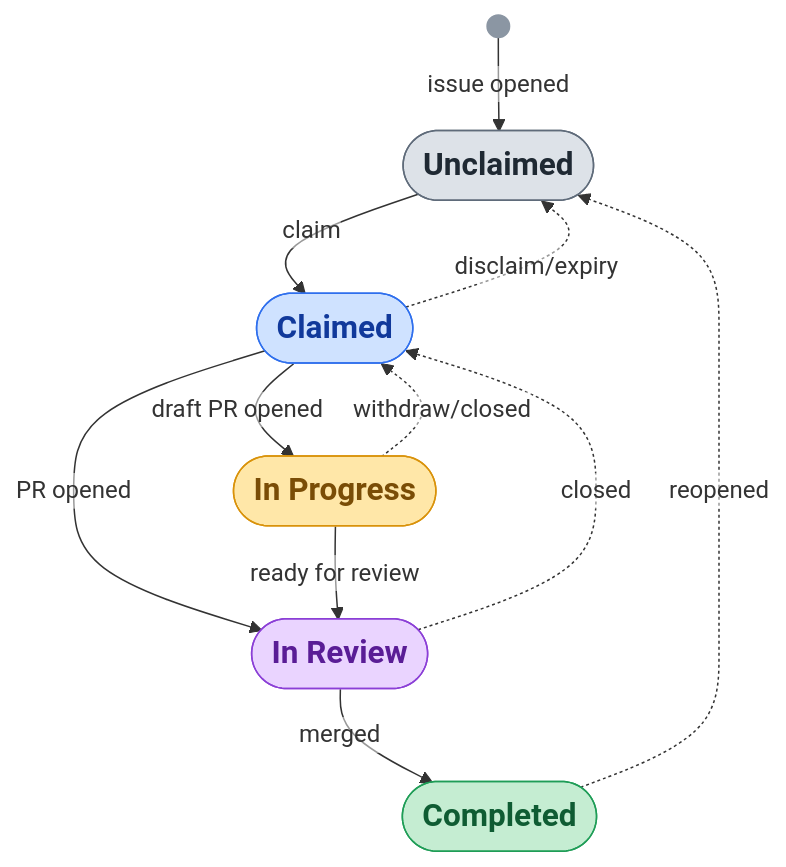
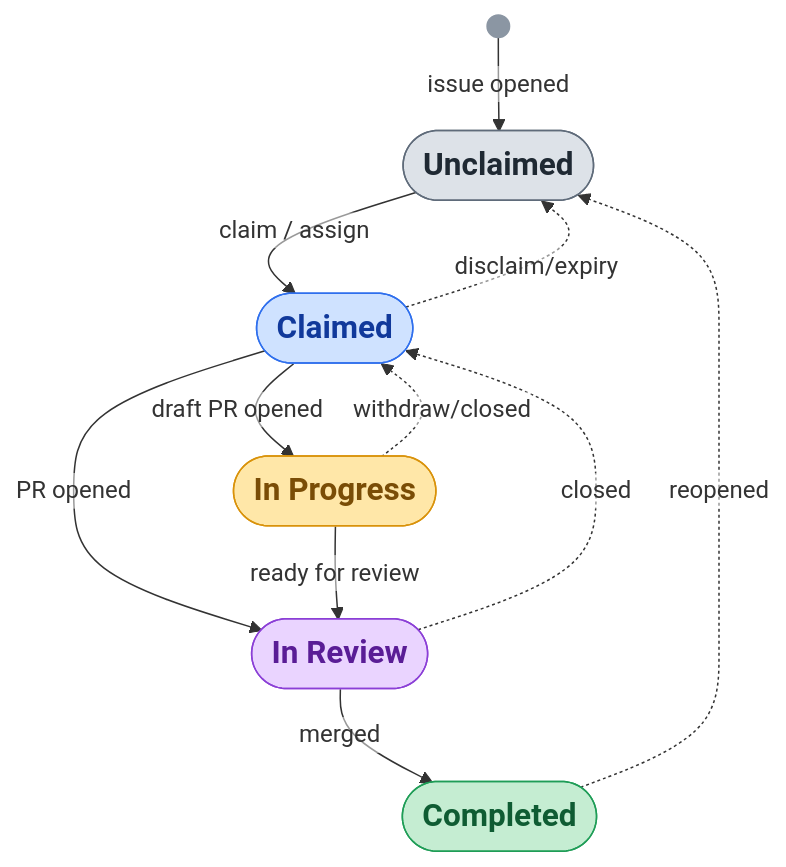
Before and after one commit to leanprover-community/intentions: the diagram in README.md, drawn with Mermaid. The commit also changed other lines of this file and 9 other files, not shown here.

````diff
--- a/README.md
+++ b/README.md
@@ -79,21 +96,21 @@
 ```mermaid
 %%{init: {'themeVariables':{'edgeLabelBackground':'#ffffff00'},'flowchart':{'rankSpacing':38}}}%%
 flowchart TB
     S(( )):::start -->|issue opened| U
-    U([Unclaimed]):::unc -->|claim| C([Claimed]):::clm
+    U([Unclaimed]):::unc -->|claim / assign| C([Claimed]):::clm
     C -->|draft PR opened| P([In Progress]):::prog
     C -->|PR opened| R([In Review]):::rev
     P -->|ready for review| R
     R -->|merged| D([Completed]):::done
     C -.->|disclaim/expiry| U
     P -.->|withdraw/closed| C
     R -.->|closed| C
     D -.->|reopened| U
 
     classDef start fill:#8b96a3,stroke:#8b96a3
     classDef unc  fill:#dde2e8,stroke:#5f6b7a,color:#1f2933,font-weight:bold,font-size:21px
     classDef clm  fill:#cfe2ff,stroke:#2f6fed,color:#11399b,font-weight:bold,font-size:21px
     classDef prog fill:#ffe7a8,stroke:#d9920a,color:#7a4d06,font-weight:bold,font-size:21px
     classDef rev  fill:#ead4ff,stroke:#8b3fd6,color:#5a1d96,font-weight:bold,font-size:21px
     classDef done fill:#c5edd2,stroke:#1f9d57,color:#0f5c33,font-weight:bold,font-size:21px
 ```
````
